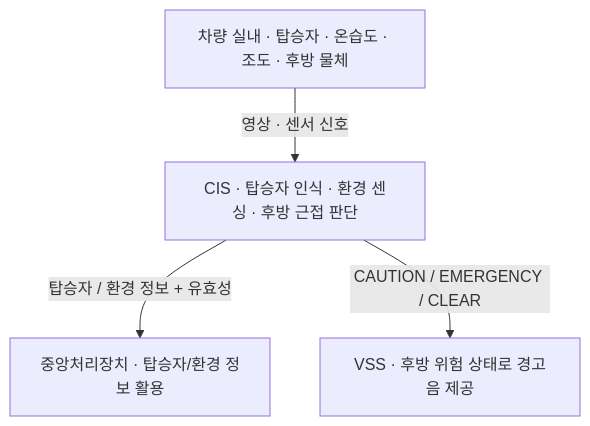
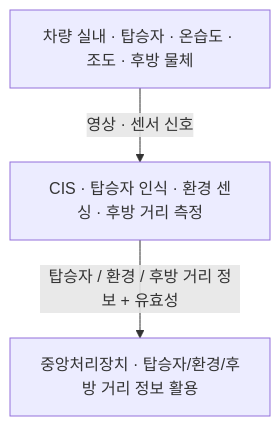
Before and after one commit to vehicle-domain-control-system/integrated-vehicle-control: the second of 5 diagrams in docs/requirements/SR.md, drawn with Mermaid. The commit also changed other lines of this file and 6 other files, not shown here.

````diff
--- a/docs/requirements/SR.md
+++ b/docs/requirements/SR.md
@@ -300,11 +299,9 @@
 ```mermaid
 flowchart TD
     CABIN["차량 실내 · 탑승자 · 온습도 · 조도 · 후방 물체"]
-    CIS["CIS · 탑승자 인식 · 환경 센싱 · 후방 근접 판단"]
-    CENTRAL["중앙처리장치 · 탑승자/환경 정보 활용"]
-    VSS["VSS · 후방 위험 상태로 경고음 제공"]
+    CIS["CIS · 탑승자 인식 · 환경 센싱 · 후방 거리 측정"]
+    CENTRAL["중앙처리장치 · 탑승자/환경/후방 거리 정보 활용"]
 
     CABIN -->|"영상 · 센서 신호"| CIS
-    CIS -->|"탑승자 / 환경 정보 + 유효성"| CENTRAL
-    CIS -->|"CAUTION / EMERGENCY / CLEAR"| VSS
+    CIS -->|"탑승자 / 환경 / 후방 거리 정보 + 유효성"| CENTRAL
 ```
````
